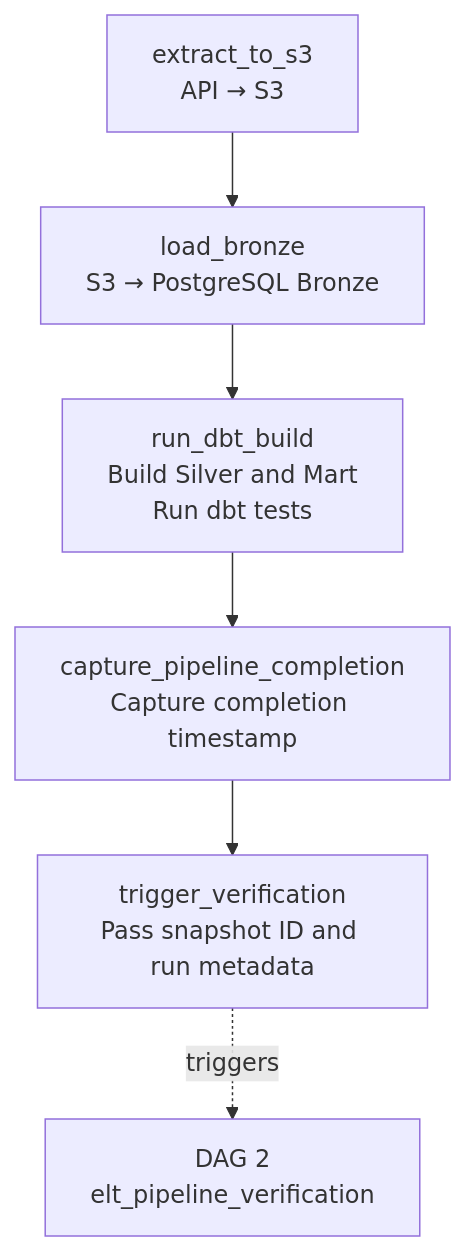
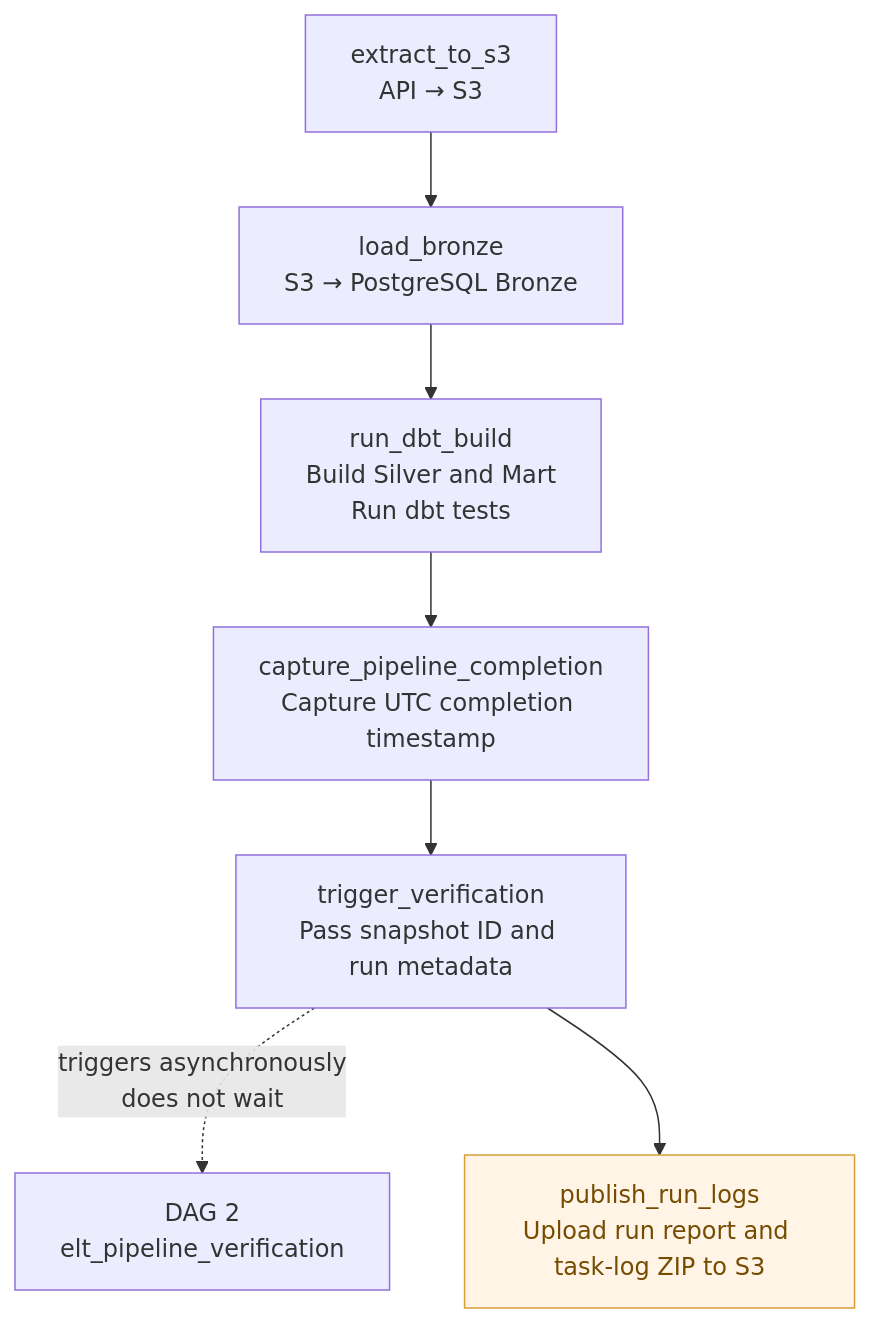
The sixth of 7 diagrams in README.md (EduardOrEdward/ELTpipeline-commerce), drawn with Mermaid before and after one commit. The commit also changed other lines of this file, not shown here.

Commit message:
Document Airflow DAG flows and log publishing

````diff
--- a/README.md
+++ b/README.md
@@ -527,12 +527,17 @@
 ```mermaid
 flowchart TD
     A["extract_to_s3<br/>API → S3"]
     B["load_bronze<br/>S3 → PostgreSQL Bronze"]
     C["run_dbt_build<br/>Build Silver and Mart<br/>Run dbt tests"]
-    D["capture_pipeline_completion<br/>Capture completion timestamp"]
+    D["capture_pipeline_completion<br/>Capture UTC completion timestamp"]
     E["trigger_verification<br/>Pass snapshot ID and run metadata"]
-    F["DAG 2<br/>elt_pipeline_verification"]
+    V["DAG 2<br/>elt_pipeline_verification"]
+    L["publish_run_logs<br/>Upload run report and task-log ZIP to S3"]
 
     A --> B --> C --> D --> E
-    E -. "triggers" .-> F
+    E -. "triggers asynchronously<br/>does not wait" .-> V
+    E --> L
+
+    classDef logging fill:#fff4e5,stroke:#d69e36,color:#754c00
+    class L logging
 ```
````
